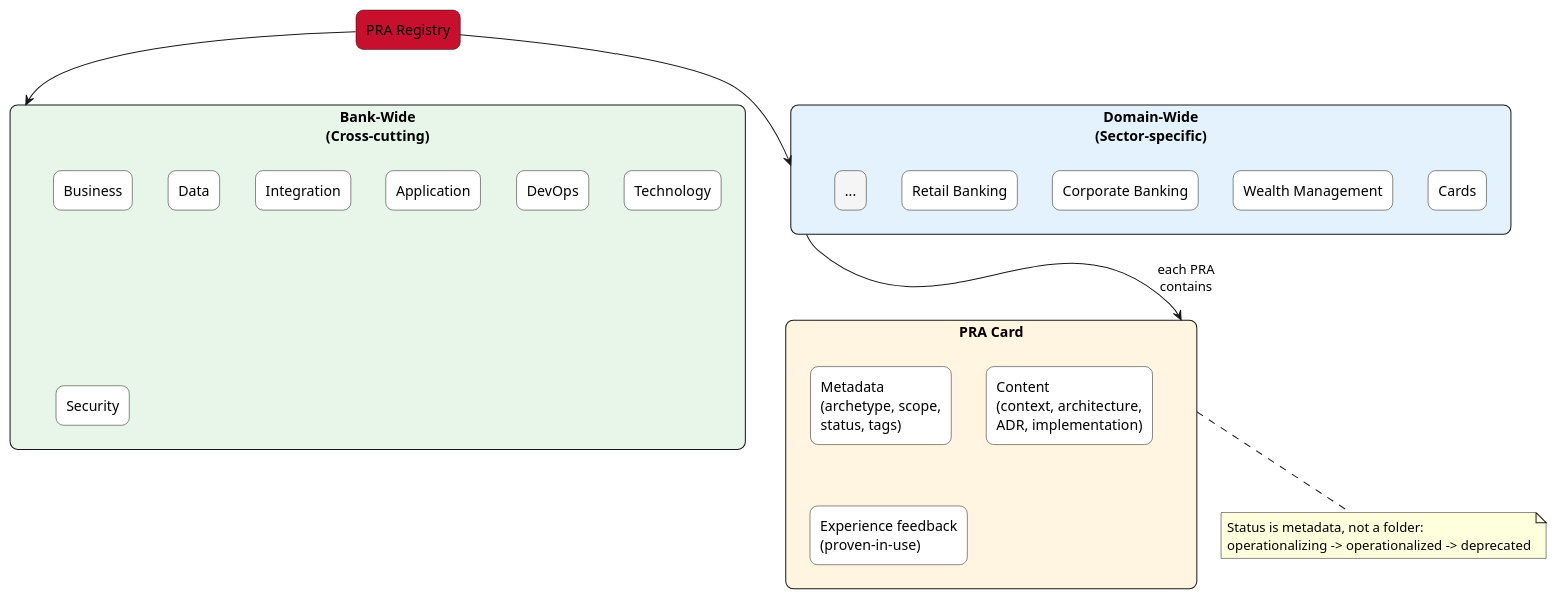
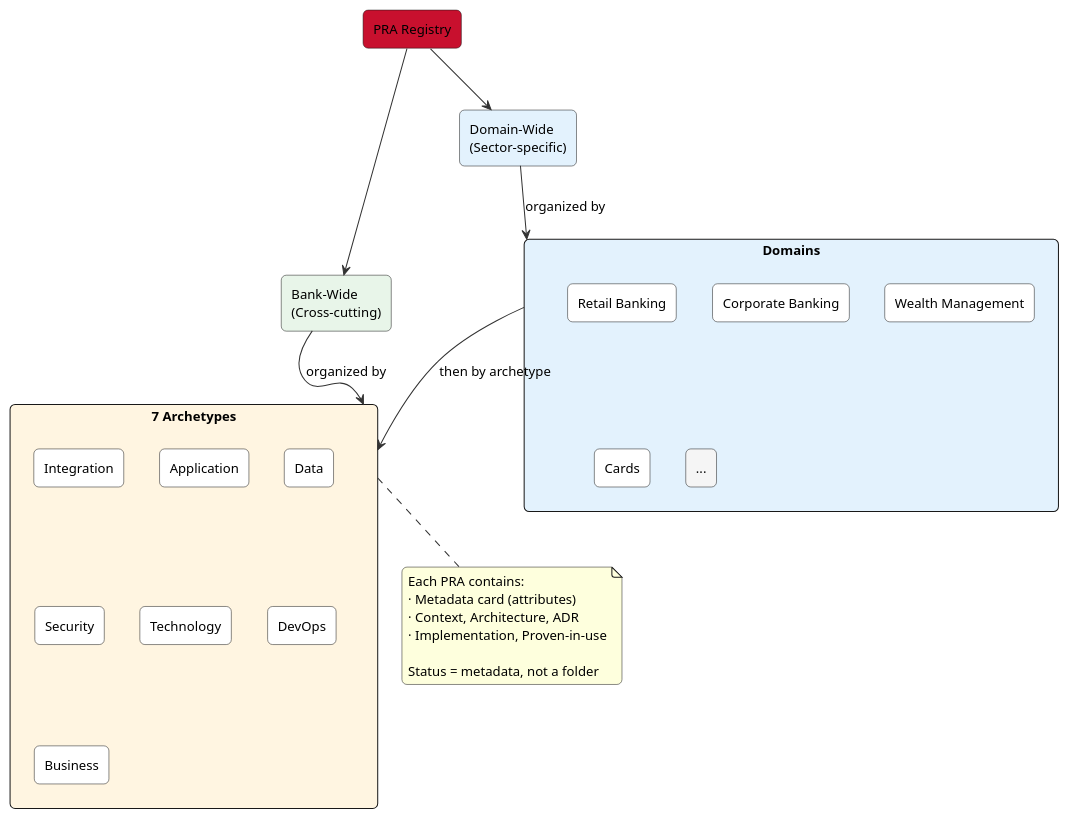
The third of 7 diagrams in content/pras/en/overview.adoc (KiyaliHQ/proven-reusable-architecture), drawn with PlantUML before and after one commit. The commit also changed other lines of this file and 1 other file, not shown here.

First line of the commit message:
fix: improve PlantUML diagrams for stakeholder presentation

```diff
--- a/content/pras/en/overview.adoc
+++ b/content/pras/en/overview.adoc
@@ -109,53 +99,53 @@
 [plantuml]
 ----
 @startuml
 skinparam backgroundColor transparent
-skinparam rectangle {
-  RoundCorner 15
+skinparam defaultFontName "Segoe UI"
+skinparam defaultFontSize 13
+skinparam shadowing false
+skinparam roundCorner 10
+skinparam ArrowColor #333333
+skinparam object {
+  BackgroundColor #ffffff
+  BorderColor #d1d5db
 }
 
 rectangle "PRA Registry" as root #c8102e
 
-rectangle "Bank-Wide\n(Cross-cutting)" as bw #e8f5e9 {
-  rectangle "Integration" as bw_int #fff
-  rectangle "Application" as bw_app #fff
-  rectangle "DevOps" as bw_dev #fff
-  rectangle "Technology" as bw_tech #fff
-  rectangle "Business" as bw_bus #fff
-  rectangle "Data" as bw_data #fff
-  rectangle "Security" as bw_sec #fff
+rectangle "Bank-Wide\n(Cross-cutting)" as bw #e8f5e9
+rectangle "Domain-Wide\n(Sector-specific)" as dw #e3f2fd
+
+rectangle "7 Archetypes" as arch #fff5e1 {
+  rectangle "Integration" as a1 #ffffff
+  rectangle "Application" as a2 #ffffff
+  rectangle "Data" as a3 #ffffff
+  rectangle "Security" as a4 #ffffff
+  rectangle "Technology" as a5 #ffffff
+  rectangle "DevOps" as a6 #ffffff
+  rectangle "Business" as a7 #ffffff
 }
 
-rectangle "Domain-Wide\n(Sector-specific)" as dw #e3f2fd {
-  rectangle "Retail Banking" as dw_part #fff
-  rectangle "Corporate Banking" as dw_ent #fff
-  rectangle "Wealth Management" as dw_gp #fff
-  rectangle "Cards" as dw_carte #fff
-  rectangle "..." as dw_more #f5f5f5
-}
-
-rectangle "PRA Card" as fiche #fff5e1 {
-  rectangle "Metadata\n(archetype, scope,\nstatus, tags)" as meta #fff
-  rectangle "Content\n(context, architecture,\nADR, implementation)" as content #fff
-  rectangle "Experience feedback\n(proven-in-use)" as proven #fff
+rectangle "Domains" as domains #e3f2fd {
+  rectangle "Retail Banking" as d1 #ffffff
+  rectangle "Corporate Banking" as d2 #ffffff
+  rectangle "Wealth Management" as d3 #ffffff
+  rectangle "Cards" as d4 #ffffff
+  rectangle "..." as d5 #f5f5f5
 }
 
 root -down-> bw
 root -down-> dw
+bw -down-> arch : organized by
+dw -down-> domains : organized by
+domains -down-> arch : then by archetype
 
-bw_int -[hidden]right-> bw_app
-bw_app -[hidden]right-> bw_dev
-bw_dev -[hidden]right-> bw_tech
+note bottom of arch
+  Each PRA contains:
+  · Metadata card (attributes)
+  · Context, Architecture, ADR
+  · Implementation, Proven-in-use
 
-dw_part -[hidden]right-> dw_ent
-dw_ent -[hidden]right-> dw_gp
-dw_gp -[hidden]right-> dw_carte
-
-dw --> fiche : each PRA\ncontains
-
-note bottom of fiche
-  Status is metadata, not a folder:
-  operationalizing -> operationalized -> deprecated
+  Status = metadata, not a folder
 end note
 @enduml
 ----
```
